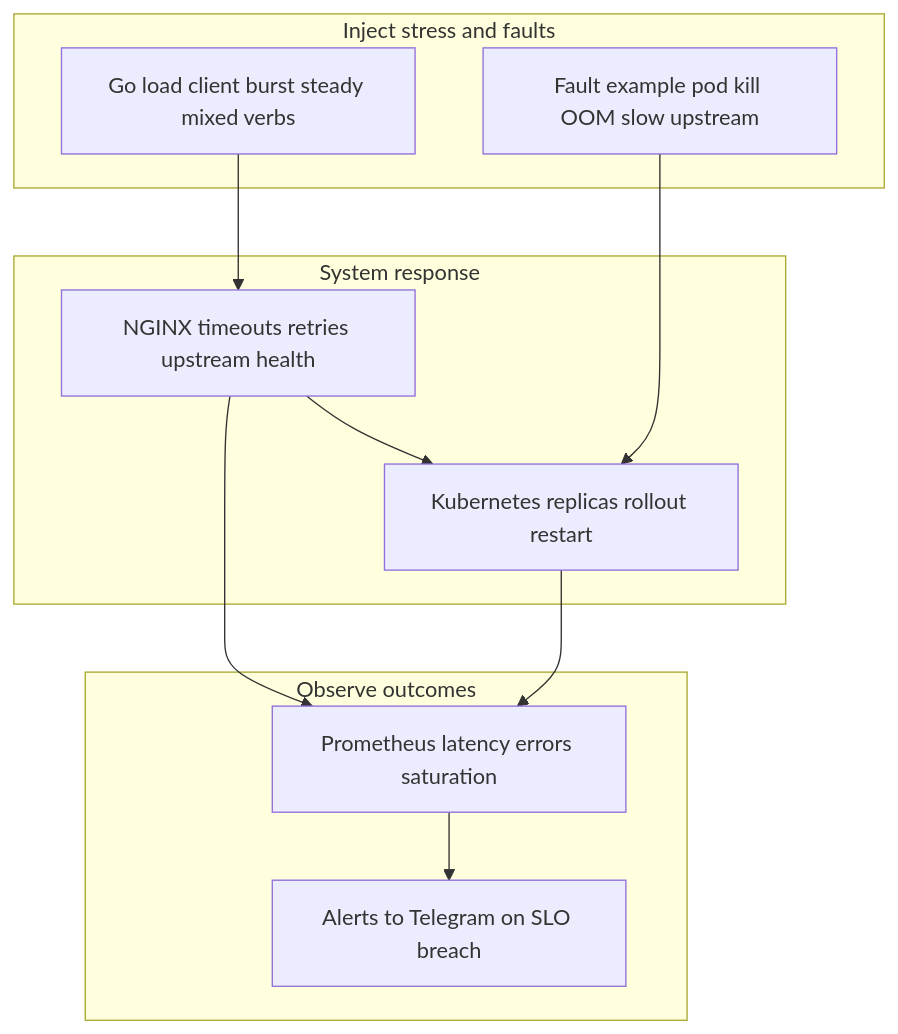
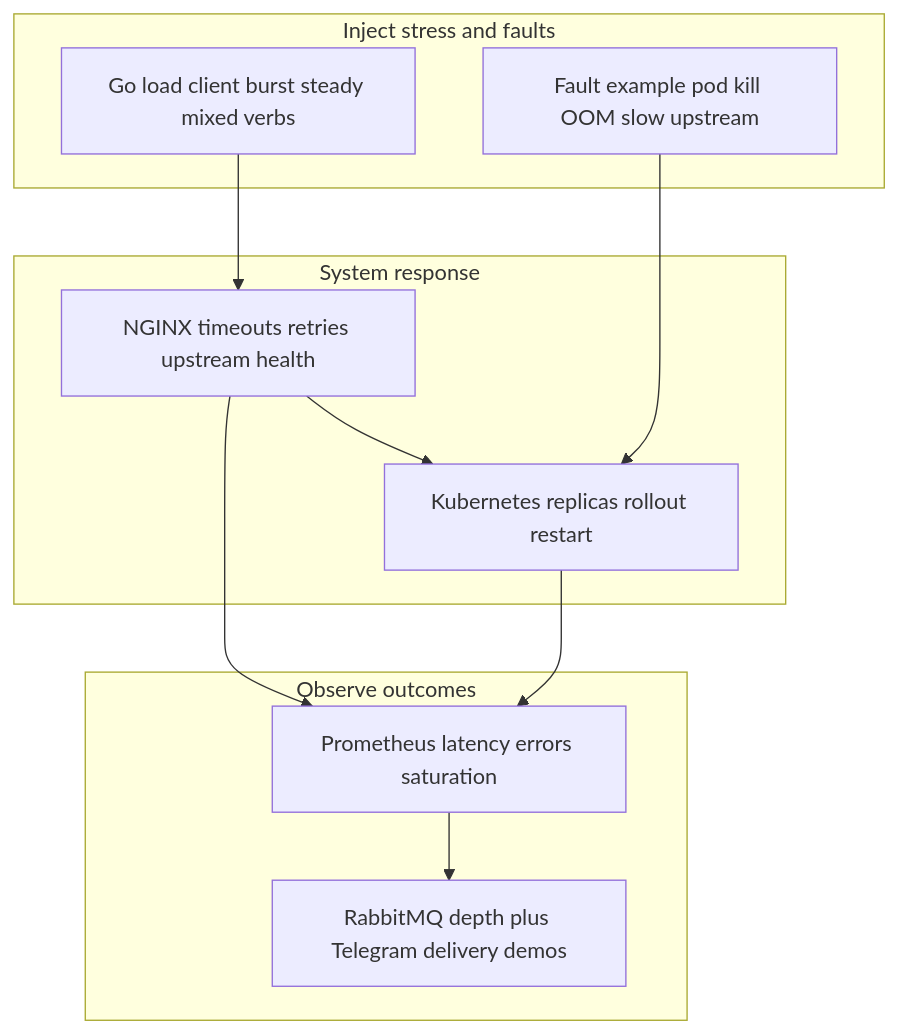
One commit to SNA-TEAM-43/Final-Project changed the fifth of 5 diagrams in README.md. Above: the diagram before and after it, drawn with Mermaid. The commit also changed other lines of this file and 9 other files, not shown here.

````diff
--- a/README.md
+++ b/README.md
@@ -257,24 +281,24 @@
 ```mermaid
 flowchart TB
   subgraph inject[Inject stress and faults]
     LC[Go load client burst steady mixed verbs]
     FAULT[Fault example pod kill OOM slow upstream]
   end
 
   subgraph mitigate[System response]
     NX[NGINX timeouts retries upstream health]
     K8[Kubernetes replicas rollout restart]
   end
 
   subgraph verify[Observe outcomes]
     PM[Prometheus latency errors saturation]
-    AL[Alerts to Telegram on SLO breach]
+    AL[RabbitMQ depth plus Telegram delivery demos]
   end
 
   LC --> NX
   FAULT --> K8
   NX --> K8
   NX --> PM
   K8 --> PM
   PM --> AL
 ```
````
